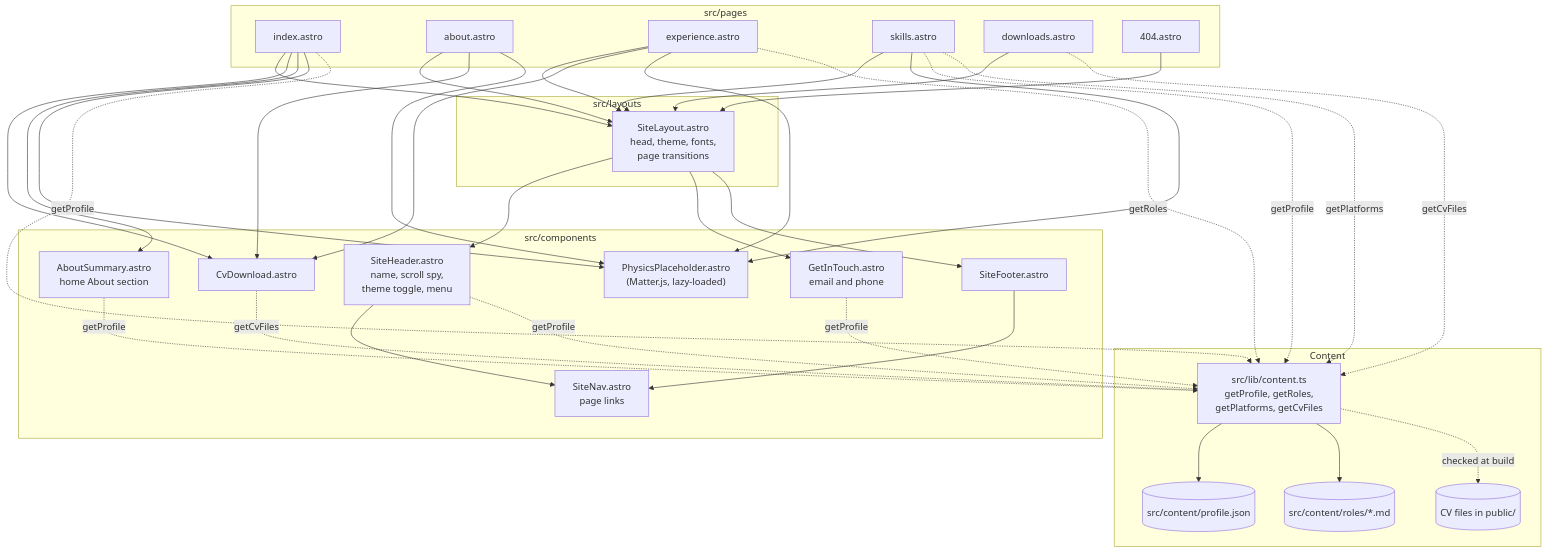
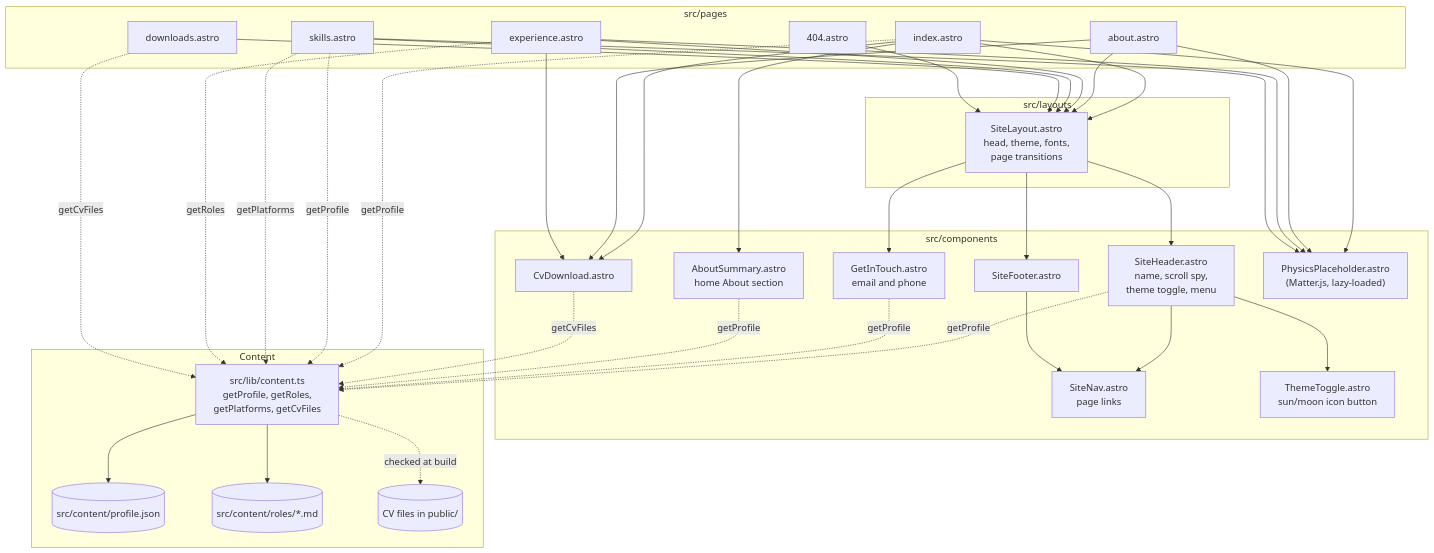
One commit to 6210/dfpf-26-27 changed the second of 2 diagrams in flow.md. Above: the diagram before and after it, drawn with Mermaid. The commit also changed 6 other files, not shown here.

First line of the commit message:
Animated sun/moon theme toggle

````diff
--- a/flow.md
+++ b/flow.md
@@ -36,48 +36,50 @@
 ```mermaid
 flowchart TD
     subgraph Pages["src/pages"]
         index["index.astro"]
         about["about.astro"]
         experience["experience.astro"]
         skills["skills.astro"]
         downloads["downloads.astro"]
         notfound["404.astro"]
     end
 
     subgraph Layout["src/layouts"]
         SiteLayout["SiteLayout.astro<br/>head, theme, fonts,<br/>page transitions"]
     end
 
     subgraph Components["src/components"]
         SiteHeader["SiteHeader.astro<br/>name, scroll spy,<br/>theme toggle, menu"]
         SiteNav["SiteNav.astro<br/>page links"]
+        ThemeToggle["ThemeToggle.astro<br/>sun/moon icon button"]
         SiteFooter["SiteFooter.astro"]
         GetInTouch["GetInTouch.astro<br/>email and phone"]
         CvDownload["CvDownload.astro"]
         AboutSummary["AboutSummary.astro<br/>home About section"]
         Physics["PhysicsPlaceholder.astro<br/>(Matter.js, lazy-loaded)"]
     end
 
     subgraph Content["Content"]
         lib["src/lib/content.ts<br/>getProfile, getRoles,<br/>getPlatforms, getCvFiles"]
         profile[("src/content/profile.json")]
         roles[("src/content/roles/*.md")]
         cvfiles[("CV files in public/")]
     end
 
     index & about & experience & skills & downloads & notfound --> SiteLayout
     SiteLayout --> SiteHeader & GetInTouch & SiteFooter
     SiteHeader & SiteFooter --> SiteNav
+    SiteHeader --> ThemeToggle
 
     index & about & experience --> CvDownload
     index --> AboutSummary
     index & about & experience & skills --> Physics
 
     index & skills & SiteHeader & GetInTouch & AboutSummary -. "getProfile" .-> lib
     skills -. "getPlatforms" .-> lib
     experience -. "getRoles" .-> lib
     downloads & CvDownload -. "getCvFiles" .-> lib
 
     lib --> profile & roles
     lib -. "checked at build" .-> cvfiles
 ```
````
